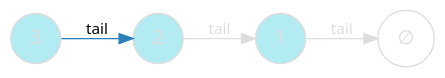
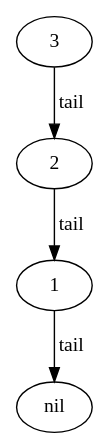
One commit to nrinaudo/recursion-schemes-from-the-ground-up changed the diagram in src/graphviz/list-product-1-tail-hl.dot. Above: the diagram before and after it, drawn with Graphviz. The commit also changed 205 other files, not shown here.

Commit message:
Use graphviz stylesheets

```diff
--- a/src/graphviz/list-product-1-tail-hl.dot
+++ b/src/graphviz/list-product-1-tail-hl.dot
@@ -1,18 +1,10 @@
 digraph {
-    bgcolor=transparent
-    splines=false
-    rankdir=LR
+    p1[label=3 class="cell,disabled"]
+    p2[label=2 class="cell,disabled"]
+    p3[label=1 class="cell,disabled"]
+    nil[class="nil,disabled"]
 
-    // Default theme: disabled
-    node[shape="circle" style="filled" color="#dddddd" fillcolor="#b2ebf2" fontcolor="#dddddd" fontname="Segoe UI,Roboto,Helvetica,Arial,sans-serif"]
-    edge [color="#dddddd" fontcolor="#dddddd" fontname="Segoe UI,Roboto,Helvetica,Arial,sans-serif" fontsize=11]
-
-    p1[label=3]
-    p2[label=2]
-    p3[label=1]
-    nil[shape=circle label="∅" fillcolor="#ffffff"]
-
-    p1 -> p2[color="#2980B9" fontcolor="#000000" label=tail]
-    p2 -> p3[label=tail]
-    p3 -> nil[label=tail]
+    p1 -> p2[label=tail]
+    p2 -> p3[label=tail class="disabled"]
+    p3 -> nil[label=tail class="disabled"]
 }
```
